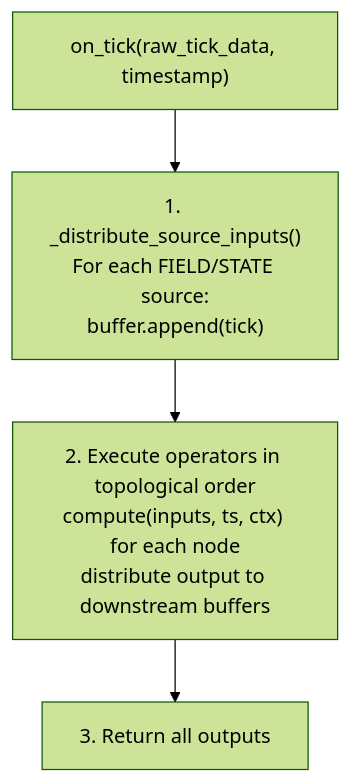
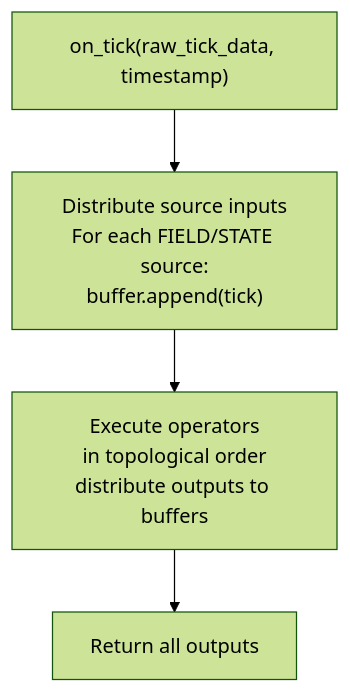
One commit to Clypt/docs changed the diagram in engine/stateful-graph.mdx. Above: the diagram before and after it, drawn with Mermaid (forest theme). The commit also changed 12 other files, not shown here.

````diff
--- a/engine/stateful-graph.mdx
+++ b/engine/stateful-graph.mdx
@@ -144,7 +144,7 @@
 ```mermaid
 flowchart TB
     OnTick["on_tick(raw_tick_data, timestamp)"]
-    OnTick --> Step1["1. _distribute_source_inputs()<br>For each FIELD/STATE source:<br>buffer.append(tick)"]
-    Step1 --> Step2["2. Execute operators in topological order<br>compute(inputs, ts, ctx) for each node<br>distribute output to downstream buffers"]
-    Step2 --> Step3["3. Return all outputs"]
+    OnTick --> Step1["Distribute source inputs<br>For each FIELD/STATE source:<br>buffer.append(tick)"]
+    Step1 --> Step2["Execute operators<br>in topological order<br>distribute outputs to buffers"]
+    Step2 --> Step3["Return all outputs"]
 ```
````
